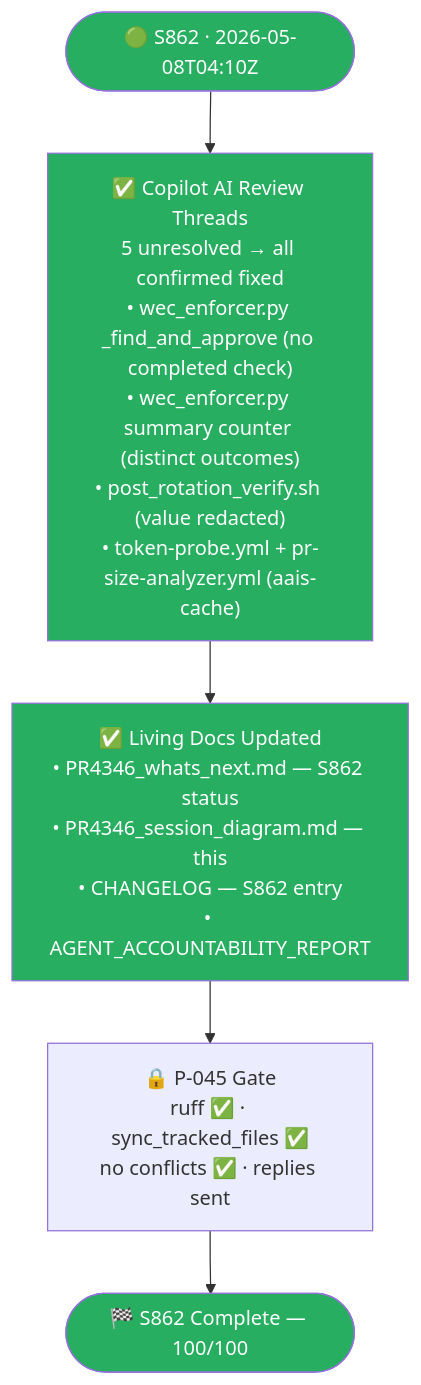
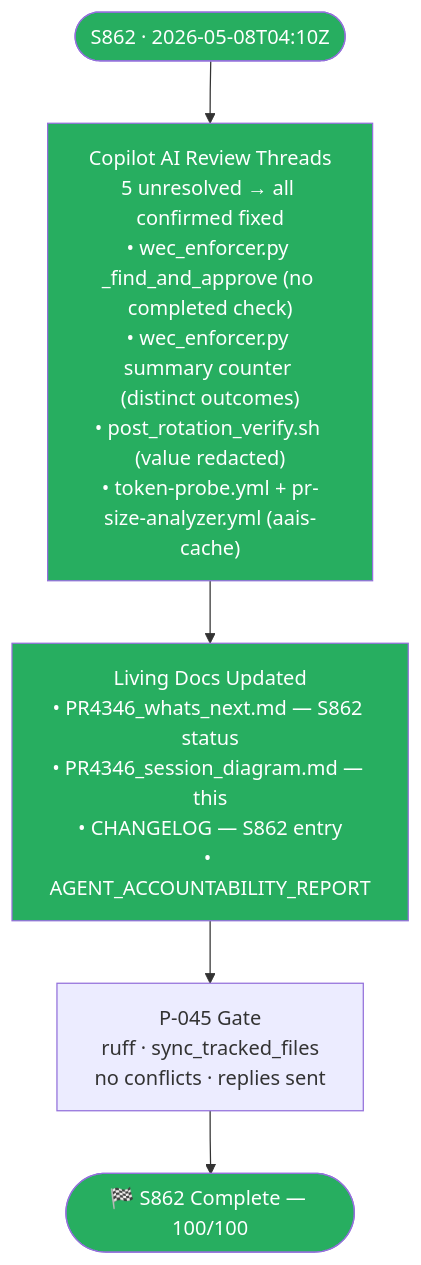
The second of 26 diagrams in docs/sessions/PR4346_session_diagram.md (Aries-Serpent/_codex_), drawn with Mermaid before and after one commit. The commit also changed other lines of this file and 2029 other files, not shown here.

````diff
--- a/docs/sessions/PR4346_session_diagram.md
+++ b/docs/sessions/PR4346_session_diagram.md
@@ -38,18 +40,18 @@
 ```mermaid
-%%{init: {'accessibility': {'title': 'Flowchart showing "🟢 S862 · 2026-05-08T04:10Z", "✅ Copilot AI Review Threads\n5 unresolved → all confirmed fixed\n• wec_enforcer.py _find_and_approve (no completed check)\n• wec_enforcer.py summary counter (distinct outcomes)\n• post_rotation_verify.sh (value redacted)\n• token-probe.yml + pr-size-analyzer.yml (aais-cache)"'}}%%
+%%{init: {'accessibility': {'title': 'Flowchart showing " S862 · 2026-05-08T04:10Z", " Copilot AI Review Threads\n5 unresolved → all confirmed fixed\n• wec_enforcer.py _find_and_approve (no completed check)\n• wec_enforcer.py summary counter (distinct outcomes)\n• post_rotation_verify.sh (value redacted)\n• token-probe.yml + pr-size-analyzer.yml (aais-cache)"'}}%%
 flowchart TD
-    START(["🟢 S862 · 2026-05-08T04:10Z"]) --> REVIEW
+    START([" S862 · 2026-05-08T04:10Z"]) --> REVIEW
 
-    REVIEW["✅ Copilot AI Review Threads\n5 unresolved → all confirmed fixed\n• wec_enforcer.py _find_and_approve (no completed check)\n• wec_enforcer.py summary counter (distinct outcomes)\n• post_rotation_verify.sh (value redacted)\n• token-probe.yml + pr-size-analyzer.yml (aais-cache)"] --> DOCS
+    REVIEW[" Copilot AI Review Threads\n5 unresolved → all confirmed fixed\n• wec_enforcer.py _find_and_approve (no completed check)\n• wec_enforcer.py summary counter (distinct outcomes)\n• post_rotation_verify.sh (value redacted)\n• token-probe.yml + pr-size-analyzer.yml (aais-cache)"] --> DOCS
 
-    DOCS["✅ Living Docs Updated\n• PR4346_whats_next.md — S862 status\n• PR4346_session_diagram.md — this\n• CHANGELOG — S862 entry\n• AGENT_ACCOUNTABILITY_REPORT"] --> GATE
+    DOCS[" Living Docs Updated\n• PR4346_whats_next.md — S862 status\n• PR4346_session_diagram.md — this\n• CHANGELOG — S862 entry\n• AGENT_ACCOUNTABILITY_REPORT"] --> GATE
 
-    GATE["🔒 P-045 Gate\nruff ✅ · sync_tracked_files ✅\nno conflicts ✅ · replies sent"] --> END
+    GATE[" P-045 Gate\nruff  · sync_tracked_files \nno conflicts  · replies sent"] --> END
 
     END(["🏁 S862 Complete — 100/100"])
 
     style START fill:#27ae60,color:#fff
     style END fill:#27ae60,color:#fff
     style REVIEW fill:#27ae60,color:#fff
     style DOCS fill:#27ae60,color:#fff
 ```
````
